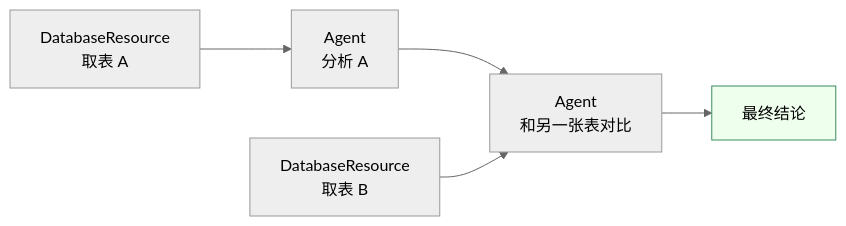
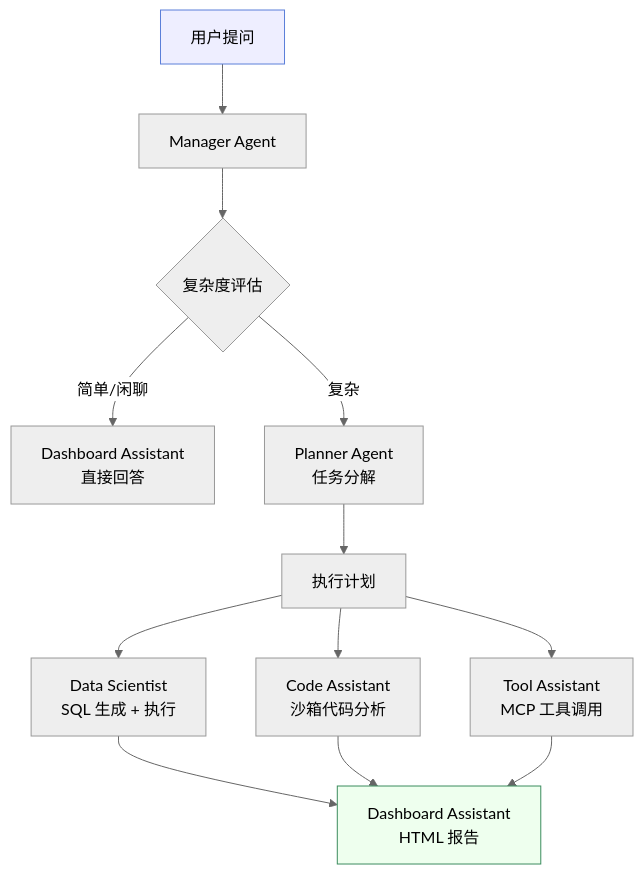
Before and after one commit to shixia9/MustBeTheSQL: the second of 5 diagrams in sql-logic-docs/docs/constructure/concepts.md, drawn with Mermaid (neutral theme). The commit also changed other lines of this file and 11 other files, not shown here.

````diff
--- a/sql-logic-docs/docs/constructure/concepts.md
+++ b/sql-logic-docs/docs/constructure/concepts.md
@@ -49,8 +31,14 @@
 ```mermaid
-flowchart LR
-  A["DatabaseResource<br/>取表 A"] --> B["Agent<br/>分析 A"]
-  B --> C["Agent<br/>和另一张表对比"]
-  D["DatabaseResource<br/>取表 B"] --> C
-  C --> R["最终结论"]
-  style R fill:#efe,stroke:#3b8c5e
+flowchart TB
+  User["用户提问"] --> Manager["Manager Agent"]
+  Manager --> Router{"复杂度评估"}
+  Router -->|"简单/闲聊"| Dashboard1["Dashboard Assistant<br/>直接回答"]
+  Router -->|"复杂"| Planner["Planner Agent<br/>任务分解"]
+  Planner --> Plan["执行计划"]
+  Plan --> DS["Data Scientist<br/>SQL 生成 + 执行"]
+  Plan --> CA["Code Assistant<br/>沙箱代码分析"]
+  Plan --> TA["Tool Assistant<br/>MCP 工具调用"]
+  DS & CA & TA --> Dashboard2["Dashboard Assistant<br/>HTML 报告"]
+  style User fill:#eef,stroke:#5b7fd9
+  style Dashboard2 fill:#efe,stroke:#3b8c5e
 ```
````
